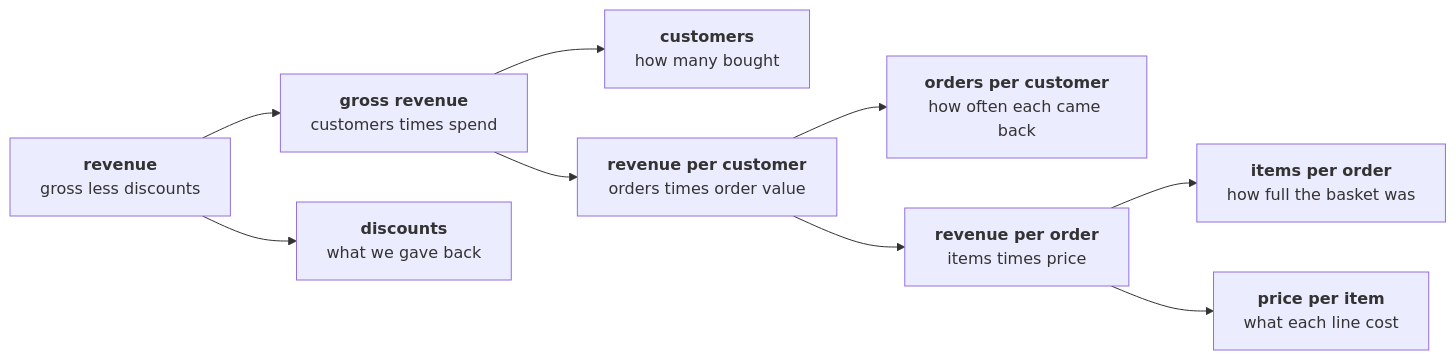
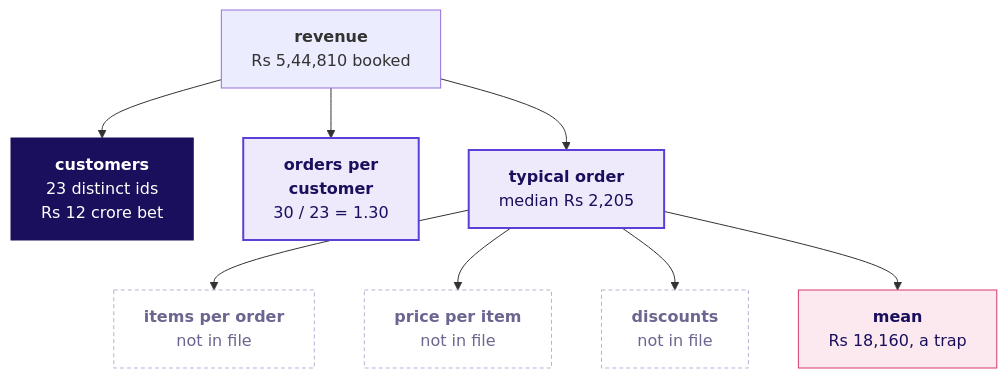
The diagram in content/W01/D1/cheatsheets/C2_W01_D01_revenue_tree_STUDENT.md (fde-academy-lab/c2-content-factory), drawn with Mermaid before and after one commit. The commit also changed other lines of this file and 28 other files, not shown here.

````diff
--- a/content/W01/D1/cheatsheets/C2_W01_D01_revenue_tree_STUDENT.md
+++ b/content/W01/D1/cheatsheets/C2_W01_D01_revenue_tree_STUDENT.md
@@ -8,11 +7,18 @@
 ```mermaid
-flowchart LR
-    R["<b>revenue</b><br/>gross less discounts"] --> G["<b>gross revenue</b><br/>customers times spend"]
-    R --> D["<b>discounts</b><br/>what we gave back"]
-    G --> C["<b>customers</b><br/>how many bought"]
-    G --> V["<b>revenue per customer</b><br/>orders times order value"]
-    V --> F["<b>orders per customer</b><br/>how often each came back"]
-    V --> O["<b>revenue per order</b><br/>items times price"]
-    O --> B["<b>items per order</b><br/>how full the basket was"]
-    O --> P["<b>price per item</b><br/>what each line cost"]
+flowchart TB
+    R["<b>revenue</b><br/>Rs 5,44,810 booked"] --> C["<b>customers</b><br/>23 distinct ids<br/>Rs 12 crore bet"]
+    R --> F["<b>orders per<br/>customer</b><br/>30 / 23 = 1.30"]
+    R --> A["<b>typical order</b><br/>median Rs 2,205"]
+    A --> I["<b>items per order</b><br/>not in file"]
+    A --> P["<b>price per item</b><br/>not in file"]
+    A --> D["<b>discounts</b><br/>not in file"]
+    A --> M["<b>mean</b><br/>Rs 18,160, a trap"]
+    classDef known fill:#EEEAFB,stroke:#5B3FD6,color:#1A0F5C,stroke-width:2px
+    classDef unknown fill:#FFFFFF,stroke:#B8B2D6,color:#6B6690,stroke-dasharray:4 3
+    classDef bet fill:#1A0F5C,stroke:#1A0F5C,color:#FFFFFF
+    classDef bad fill:#FBE9EF,stroke:#D63A6A,color:#1A0F5C
+    class F,A known
+    class I,P,D unknown
+    class C bet
+    class M bad
 ```
````
